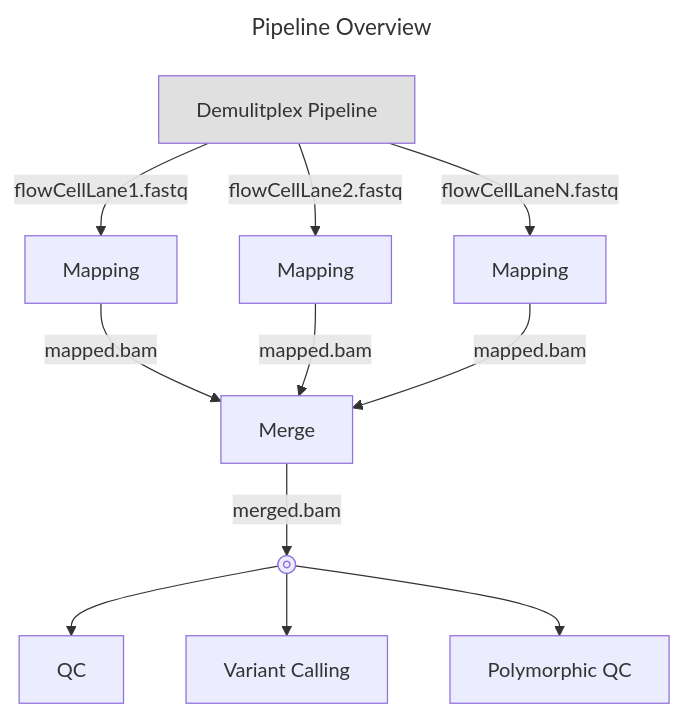
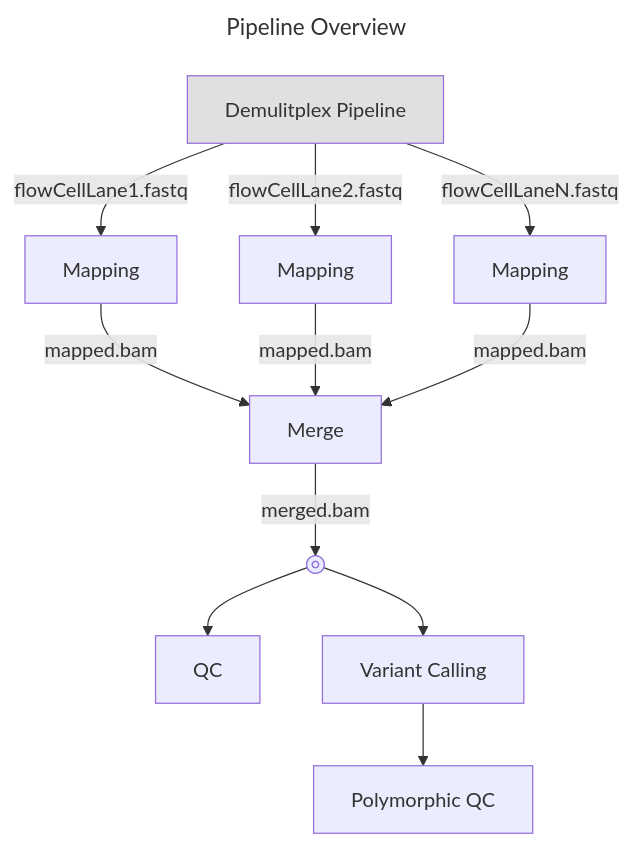
One commit to NorthwestGenomicsCenter/nwgc-nf-shortread-dna-seq changed the first of 8 diagrams in README.MD. Above: the diagram before and after it, drawn with Mermaid. The commit also changed other lines of this file, not shown here.

Commit message:
README.MD - Polymorhpic QC chart

````diff
--- a/README.MD
+++ b/README.MD
@@ -13,21 +13,21 @@
 ```mermaid
 ---
 title: Pipeline Overview
 ---
 graph TB
     A["Demulitplex Pipeline"] -- "flowCellLane1.fastq" --> B
     style A fill:#E0E0E0
     A -- "flowCellLane2.fastq" --> C
     A -- "flowCellLaneN.fastq" --> D
     B["Mapping"] -- "mapped.bam" --> E
     C["Mapping"] -- "mapped.bam" --> E
     D["Mapping"] -- "mapped.bam" --> E
     E["Merge"] -- "merged.bam" --> F
     F@{shape: fr-circ}
     F --> G
     G["QC"]
     F --> H
     H["Variant Calling"]
-    F --> I
+    H --> I
     I["Polymorphic QC"]
 ```
````
